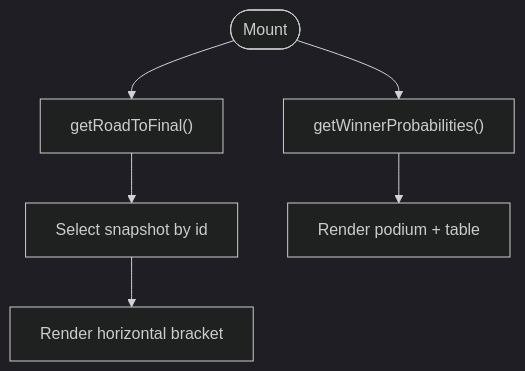
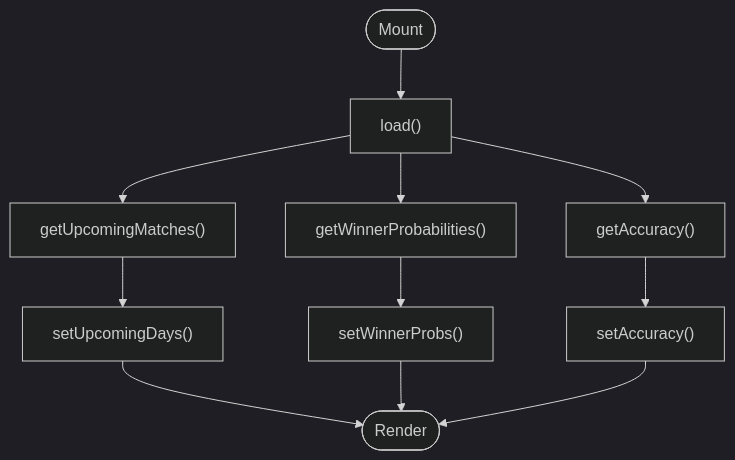
Before and after one commit to cheesiong/WC26-qwen: the third of 10 diagrams in .qoder/repowiki/en/content/Frontend Application/Page Components.md, drawn with Mermaid (dark theme). The commit also changed other lines of this file and 181 other files, not shown here.

````diff
--- a/.qoder/repowiki/en/content/Frontend Application/Page Components.md
+++ b/.qoder/repowiki/en/content/Frontend Application/Page Components.md
@@ -212,8 +194,13 @@
 ```mermaid
 flowchart TD
-Start(["Mount"]) --> Road["getRoadToFinal()"]
-Start --> Probs["getWinnerProbabilities()"]
-Road --> Select["Select snapshot by id"]
-Select --> Render["Render horizontal bracket"]
-Probs --> Render2["Render podium + table"]
+Start(["Mount"]) --> Load["load()"]
+Load --> Fetch1["getUpcomingMatches()"]
+Load --> Fetch2["getWinnerProbabilities()"]
+Load --> Fetch3["getAccuracy()"]
+Fetch1 --> Set1["setUpcomingDays()"]
+Fetch2 --> Set2["setWinnerProbs()"]
+Fetch3 --> Set3["setAccuracy()"]
+Set1 --> Done(["Render"])
+Set2 --> Done
+Set3 --> Done
 ```
````
